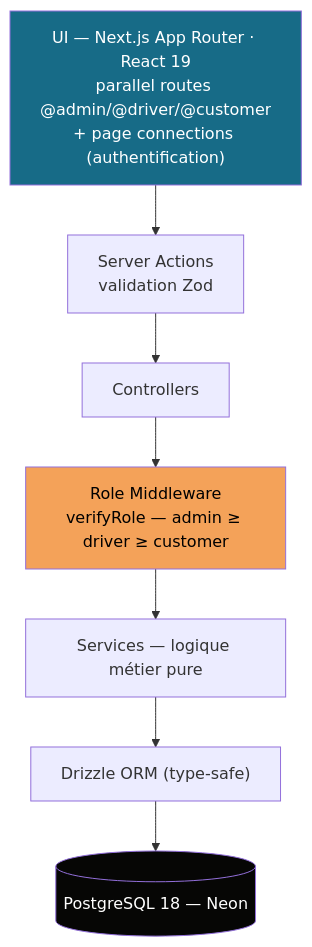
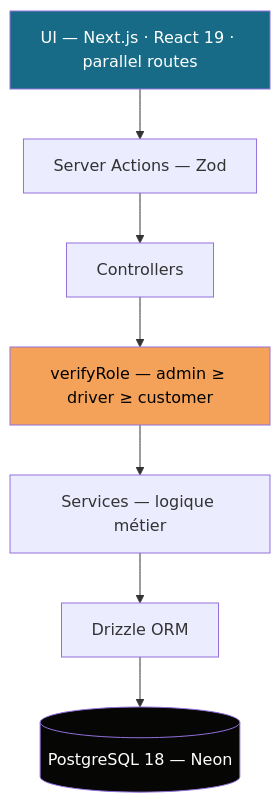
Before and after one commit to Mamoru-fr/AMT-Express: the seventh of 8 diagrams in documents/dossiers/dossierProjet/v1-complet/dossierProjetRNCP.md, drawn with Mermaid. The commit also changed other lines of this file and 12 other files, not shown here.

````diff
--- a/documents/dossiers/dossierProjet/v1-complet/dossierProjetRNCP.md
+++ b/documents/dossiers/dossierProjet/v1-complet/dossierProjetRNCP.md
@@ -506,12 +493,12 @@
 ```mermaid
 flowchart TB
-    A["UI — Next.js App Router · React 19<br/>parallel routes @admin/@driver/@customer<br/>+ page connections (authentification)"] --> B["Server Actions<br/>validation Zod"]
+    A["UI — Next.js · React 19 · parallel routes"] --> B["Server Actions — Zod"]
     B --> C["Controllers"]
-    C --> D["Role Middleware<br/>verifyRole — admin ≥ driver ≥ customer"]
-    D --> E["Services — logique métier pure"]
-    E --> F["Drizzle ORM (type-safe)"]
+    C --> D["verifyRole — admin ≥ driver ≥ customer"]
+    D --> E["Services — logique métier"]
+    E --> F["Drizzle ORM"]
     F --> G[("PostgreSQL 18 — Neon")]
     style A fill:#176B87,color:#fff
     style D fill:#F4A259,color:#000
     style G fill:#060605,color:#fff
 ```
````
